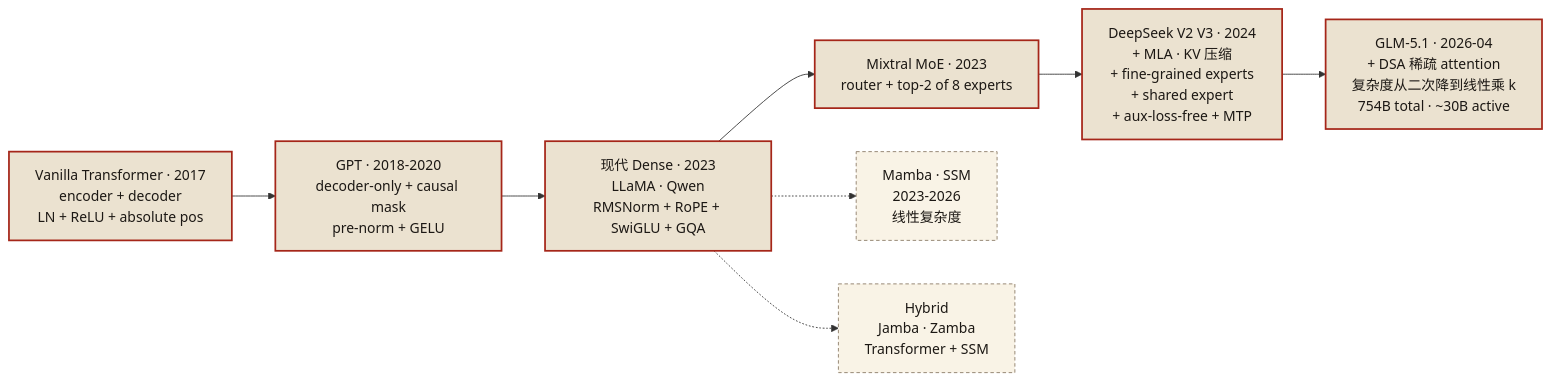
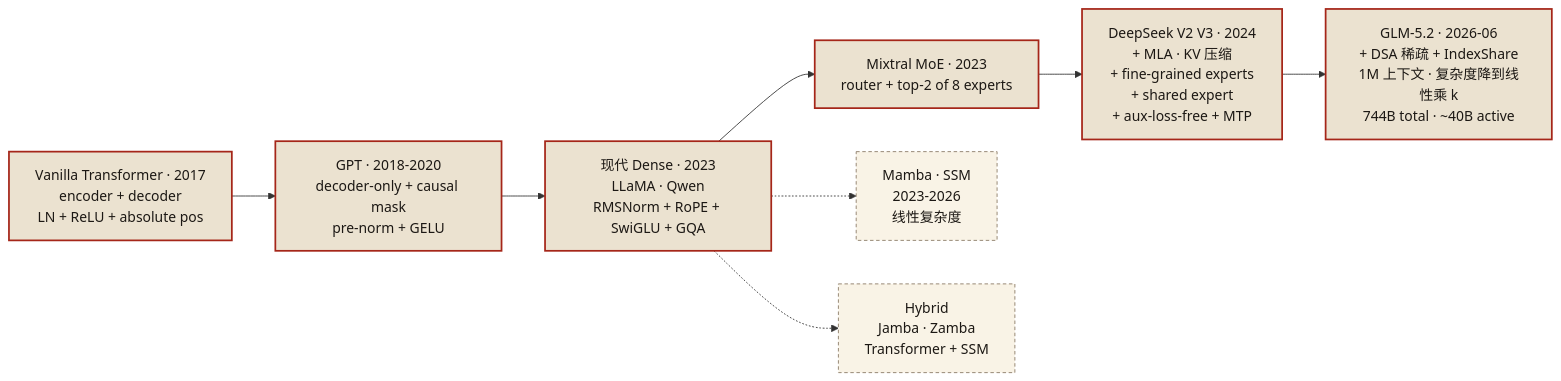
Before and after one commit to sqhuang/coding-llm-handbook: the eighth of 8 diagrams in phase2_pretraining.md, drawn with Mermaid. The commit also changed other lines of this file and 31 other files, not shown here.

First line of the commit message:
content: 主线模型 GLM-5.1 → GLM-5.2(1M 上下文 + IndexShare)

````diff
--- a/phase2_pretraining.md
+++ b/phase2_pretraining.md
@@ -286,18 +286,18 @@
 ```mermaid
 flowchart LR
   V["Vanilla Transformer · 2017<br/>encoder + decoder<br/>LN + ReLU + absolute pos"]
   G["GPT · 2018-2020<br/>decoder-only + causal mask<br/>pre-norm + GELU"]
   M["现代 Dense · 2023<br/>LLaMA · Qwen<br/>RMSNorm + RoPE + SwiGLU + GQA"]
   X["Mixtral MoE · 2023<br/>router + top-2 of 8 experts"]
   D["DeepSeek V2 V3 · 2024<br/>+ MLA · KV 压缩<br/>+ fine-grained experts<br/>+ shared expert<br/>+ aux-loss-free + MTP"]
-  GLM["GLM-5.1 · 2026-04<br/>+ DSA 稀疏 attention<br/>复杂度从二次降到线性乘 k<br/>754B total · ~30B active"]
+  GLM["GLM-5.2 · 2026-06<br/>+ DSA 稀疏 + IndexShare<br/>1M 上下文 · 复杂度降到线性乘 k<br/>744B total · ~40B active"]
   SSM["Mamba · SSM<br/>2023-2026<br/>线性复杂度"]
   HY["Hybrid<br/>Jamba · Zamba<br/>Transformer + SSM"]
   V --> G --> M --> X --> D --> GLM
   M -.-> SSM
   M -.-> HY
   classDef stage fill:#ebe2d0,stroke:#a52619,stroke-width:2px,color:#1c1814
   classDef side fill:#f9f3e6,stroke:#8a7a65,stroke-dasharray:4 3,color:#1c1814
   class V,G,M,X,D,GLM stage
   class SSM,HY side
 ```
````
